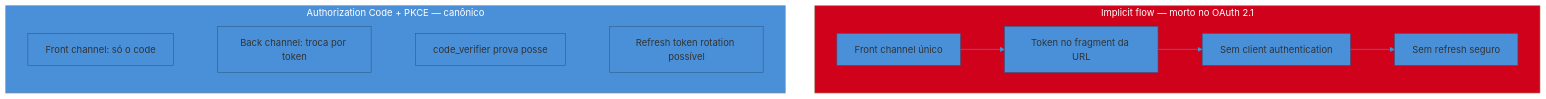
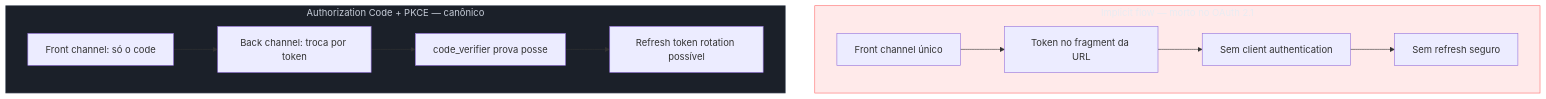
One commit to josenaldo/codex-technomanticus changed the fourth of 4 diagrams in 03-Dominios/Engenharia/Auth e Identidade/2 - OAuth 2.1 e OpenID Connect/02 - Authorization Code + PKCE — o fluxo canônico.md. Above: the diagram before and after it, drawn with Mermaid. The commit also changed other lines of this file and 1181 other files, not shown here.

First line of the commit message:
fix(diagramas): paleta do sistema no lugar de cor cravada no markdown

````diff
--- a/03-Dominios/Engenharia/Auth e Identidade/2 - OAuth 2.1 e OpenID Connect/02 - Authorization Code + PKCE — o fluxo canônico.md
+++ b/03-Dominios/Engenharia/Auth e Identidade/2 - OAuth 2.1 e OpenID Connect/02 - Authorization Code + PKCE — o fluxo canônico.md
@@ -203,17 +201,18 @@
 ```mermaid
-%%{init: {"theme": "base", "themeVariables": {"primaryColor": "#4A90D9", "primaryBorderColor": "#2E5C8A", "lineColor": "#4A90D9"}}}%%
 graph TD
+    classDef falha fill:#FF6B6B24,stroke:#FF6B6B,color:#E9ECF2
+    classDef neutro fill:#1B2029,stroke:#4E5666,color:#C6CCD8
     subgraph Implicit["Implicit flow — morto no OAuth 2.1"]
         I1["Front channel único"] --> I2["Token no fragment da URL"]
         I2 --> I3["Sem client authentication"]
         I3 --> I4["Sem refresh seguro"]
     end
     subgraph Code["Authorization Code + PKCE — canônico"]
         C1["Front channel: só o code"] --> C2["Back channel: troca por token"]
         C2 --> C3["code_verifier prova posse"]
         C3 --> C4["Refresh token rotation possível"]
     end
 
-    style Implicit fill:#D0021B,color:#fff
-    style Code fill:#4A90D9,color:#fff
+    class Implicit falha
+    class Code neutro
 ```
````
